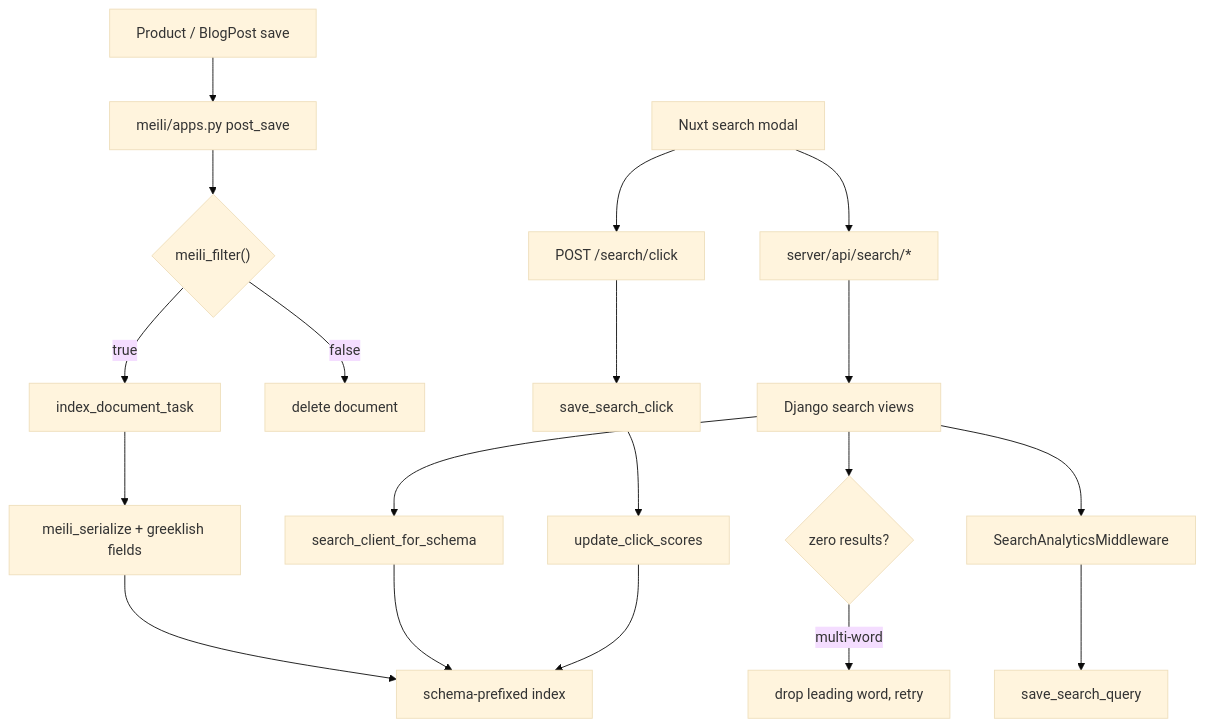
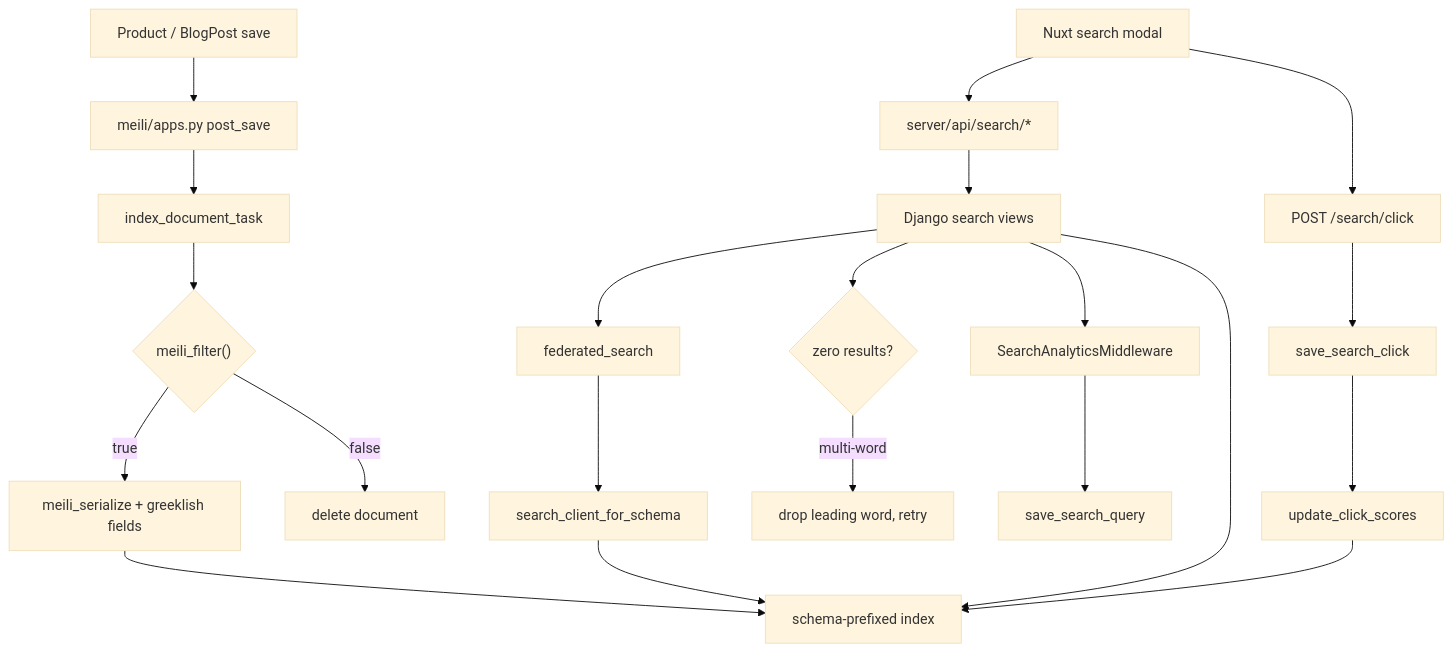
Before and after one commit to vasilistotskas/grooveshop-docs: the diagram in src/dev/flows/search.md, drawn with Mermaid (base theme). The commit also changed other lines of this file and 117 other files, not shown here.

````diff
--- a/src/dev/flows/search.md
+++ b/src/dev/flows/search.md
@@ -21,22 +21,24 @@
 ```mermaid
 flowchart TD
   Save["Product / BlogPost save"] --> Sig["meili/apps.py post_save"]
-  Sig --> Filt{"meili_filter()"}
-  Filt -- "true" --> Task["index_document_task"]
+  Sig --> Task["index_document_task"]
+  Task --> Filt{"meili_filter()"}
+  Filt -- "true" --> Ser["meili_serialize + greeklish fields"]
   Filt -- "false" --> Del["delete document"]
-  Task --> Ser["meili_serialize + greeklish fields"]
   Ser --> Idx["schema-prefixed index"]
 
   UI["Nuxt search modal"] --> NR["server/api/search/*"]
   NR --> DV["Django search views"]
-  DV --> Scoped["search_client_for_schema"]
+  DV --> Fed["federated_search"]
+  Fed --> Scoped["search_client_for_schema"]
   Scoped --> Idx
+  DV --> Idx
   DV --> Retry{"zero results?"}
   Retry -- "multi-word" --> Relax["drop leading word, retry"]
   DV --> MW["SearchAnalyticsMiddleware"]
   MW --> Q["save_search_query"]
   UI --> Click["POST /search/click"]
   Click --> C["save_search_click"]
   C --> Score["update_click_scores"]
   Score --> Idx
 ```
````
